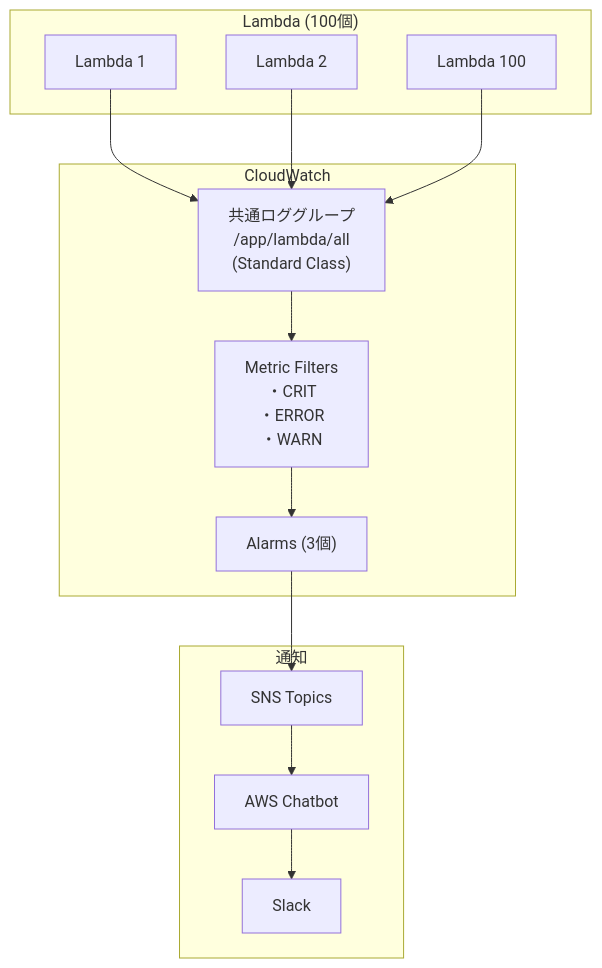
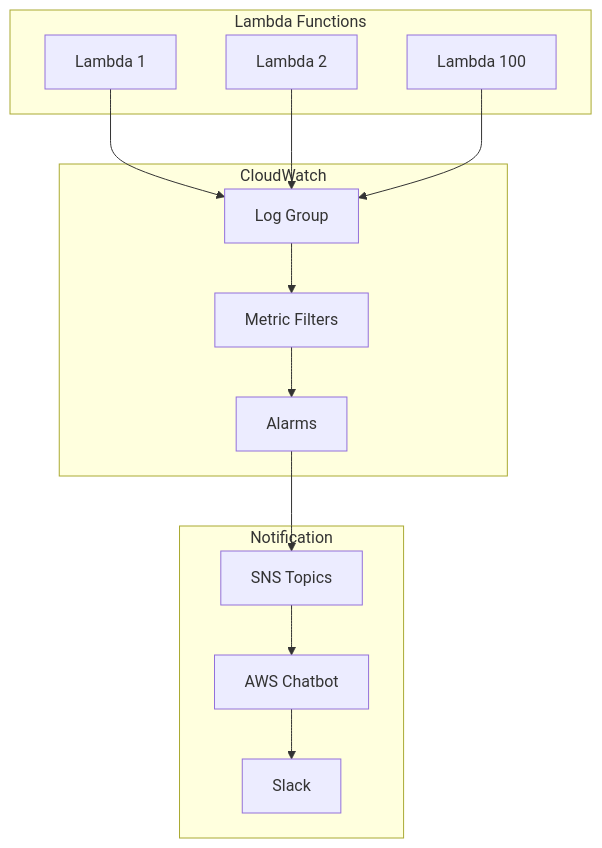
Before and after one commit to NagasakaH/lambda-log: the ninth of 9 diagrams in アラーム方法調査.md, drawn with Mermaid. The commit also changed other lines of this file and 1 other file, not shown here.

````diff
--- a/アラーム方法調査.md
+++ b/アラーム方法調査.md
@@ -542,26 +542,26 @@
 ```mermaid
 flowchart TB
-    subgraph Lambdas["Lambda (100個)"]
+    subgraph Lambdas[Lambda Functions]
         L1[Lambda 1]
         L2[Lambda 2]
         L100[Lambda 100]
     end
     
-    subgraph CW["CloudWatch"]
-        LG["共通ロググループ<br/>/app/lambda/all<br/>(Standard Class)"]
-        MF["Metric Filters<br/>・CRIT<br/>・ERROR<br/>・WARN"]
-        Alarm["Alarms (3個)"]
+    subgraph CW[CloudWatch]
+        LG[Log Group]
+        MF[Metric Filters]
+        Alarm[Alarms]
     end
     
-    subgraph Notify["通知"]
-        SNS["SNS Topics"]
-        Chatbot["AWS Chatbot"]
-        Slack["Slack"]
+    subgraph Notify[Notification]
+        SNS[SNS Topics]
+        Chatbot[AWS Chatbot]
+        Slack[Slack]
     end
     
     L1 --> LG
     L2 --> LG
     L100 --> LG
     
     LG --> MF --> Alarm --> SNS --> Chatbot --> Slack
 ```
````
